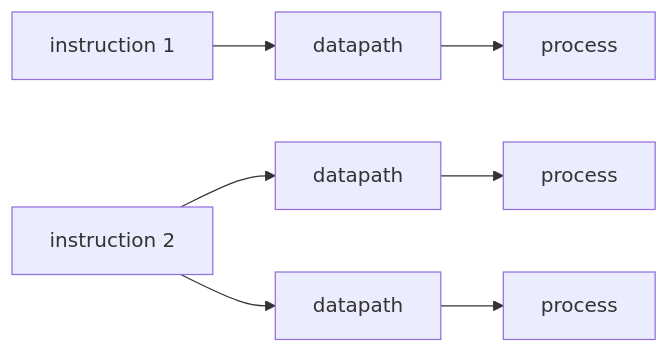
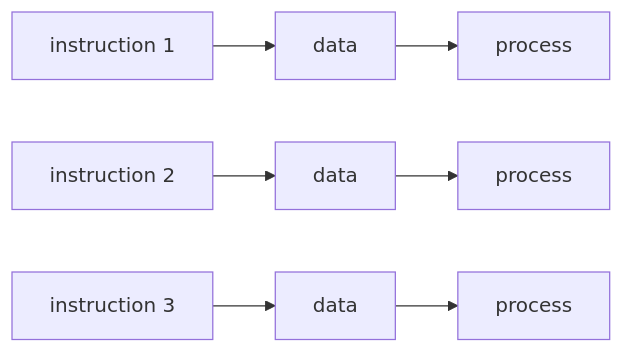
Before and after one commit to sininen-blue/2526-second-sem: the second of 2 diagrams in 2526_second_sem/pdc/04_class_2.md, drawn with Mermaid. The commit also changed other lines of this file and 5 other files, not shown here.

````diff
--- a/2526_second_sem/pdc/04_class_2.md
+++ b/2526_second_sem/pdc/04_class_2.md
@@ -128,6 +125,6 @@
 ```mermaid
 graph LR
-i1[instruction 1] --> a[datapath] --> ab[process]
-i2[instruction 2] --> b[datapath] --> bb[process]
-i2 --> c[datapath] --> cb[process]
+i1[instruction 1] --> a[data] --> ab[process]
+i2[instruction 2] --> b[data] --> bb[process]
+i3[instruction 3] --> c[data] --> cb[process]
 ```
````
